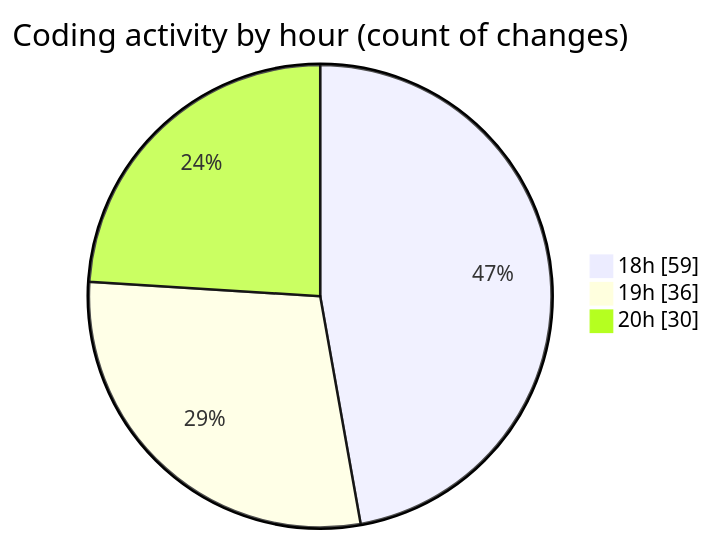
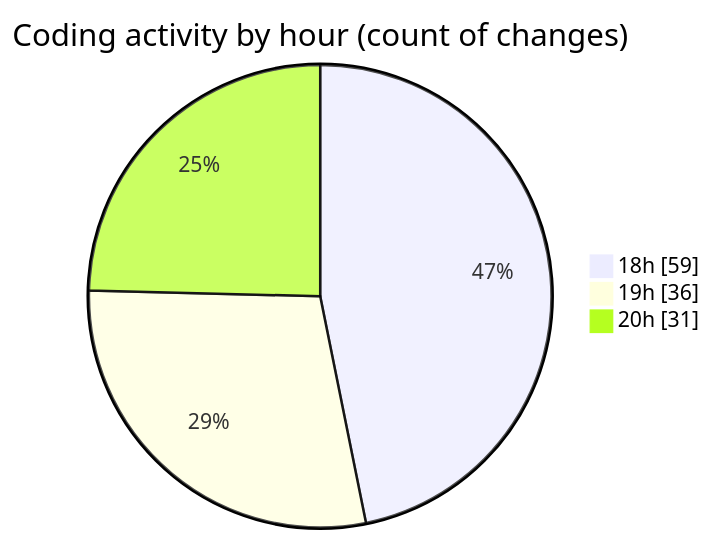
Before and after one commit to Netris89/code-tracking: the second of 2 diagrams in 2025-04-02/back-end/README.md, drawn with Mermaid. The commit also changed other lines of this file and 1 other file, not shown here.

````diff
--- a/2025-04-02/back-end/README.md
+++ b/2025-04-02/back-end/README.md
@@ -30,7 +30,7 @@
 ```mermaid
 pie showData
 title Coding activity by hour (count of changes)
 "18h" : 59
 "19h" : 36
-"20h" : 30
+"20h" : 31
 ```
````
